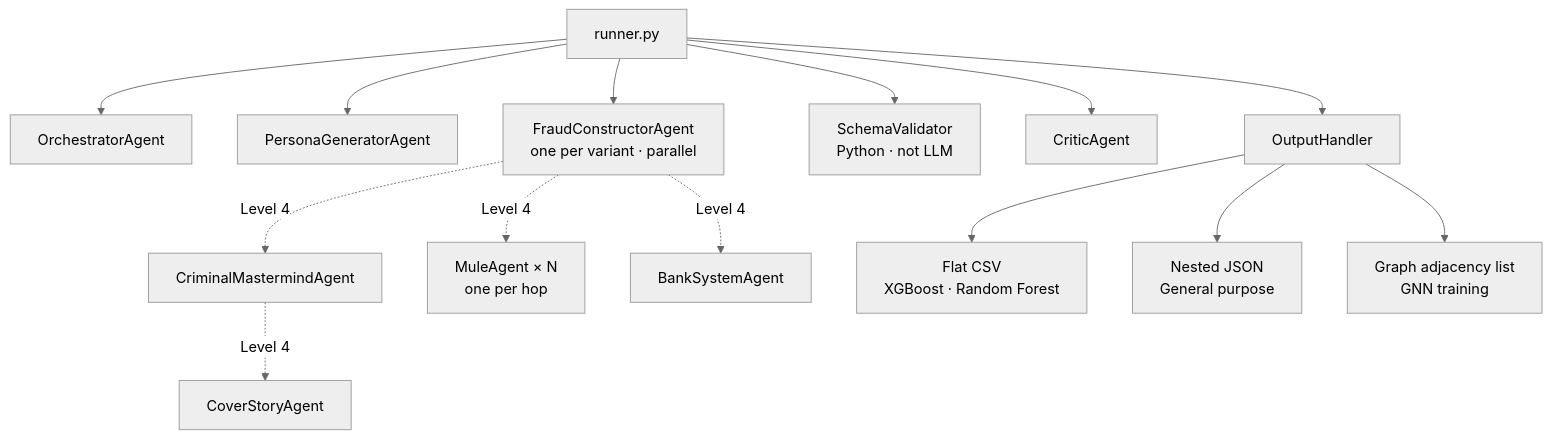
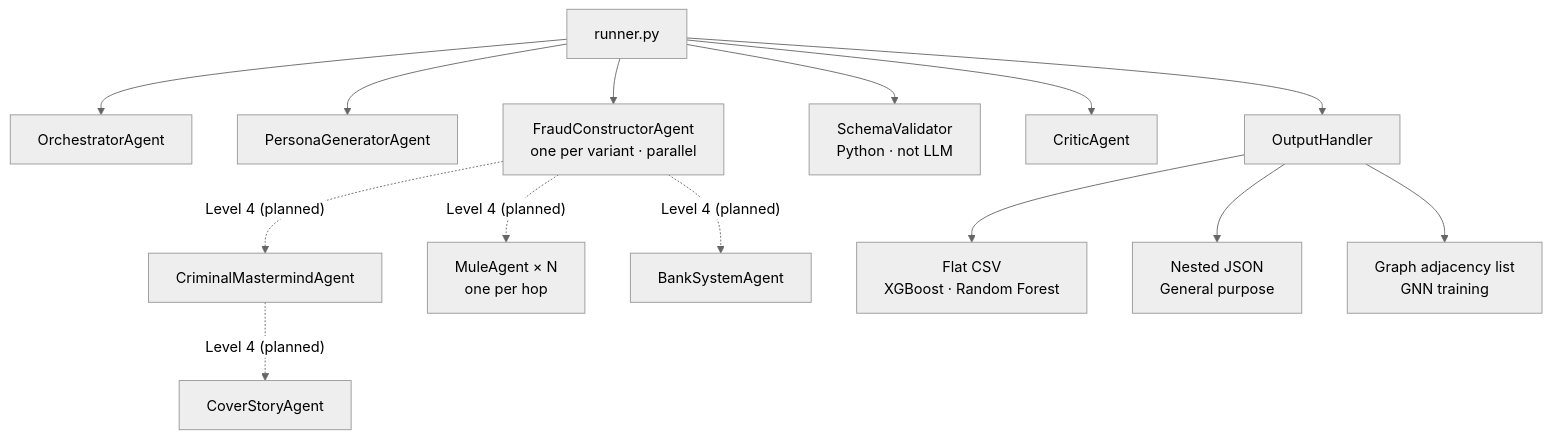
Before and after one commit to 101011101/GenAi: the sixth of 6 diagrams in README.md, drawn with Mermaid (neutral theme). The commit also changed other lines of this file, not shown here.

````diff
--- a/README.md
+++ b/README.md
@@ -332,18 +359,18 @@
 ```mermaid
 graph TD
     R["runner.py"] --> Orch[OrchestratorAgent]
     R --> PG[PersonaGeneratorAgent]
     R --> FC["FraudConstructorAgent\none per variant · parallel"]
     R --> SV["SchemaValidator\nPython · not LLM"]
     R --> CA[CriticAgent]
     R --> OH[OutputHandler]
 
-    FC -. "Level 4" .-> CMA[CriminalMastermindAgent]
-    CMA -. "Level 4" .-> CSA[CoverStoryAgent]
-    FC -. "Level 4" .-> MA["MuleAgent × N\none per hop"]
-    FC -. "Level 4" .-> BSA[BankSystemAgent]
+    FC -. "Level 4 (planned)" .-> CMA[CriminalMastermindAgent]
+    CMA -. "Level 4 (planned)" .-> CSA[CoverStoryAgent]
+    FC -. "Level 4 (planned)" .-> MA["MuleAgent × N\none per hop"]
+    FC -. "Level 4 (planned)" .-> BSA[BankSystemAgent]
 
     OH --> F1["Flat CSV\nXGBoost · Random Forest"]
     OH --> F2["Nested JSON\nGeneral purpose"]
     OH --> F3["Graph adjacency list\nGNN training"]
 ```
````
